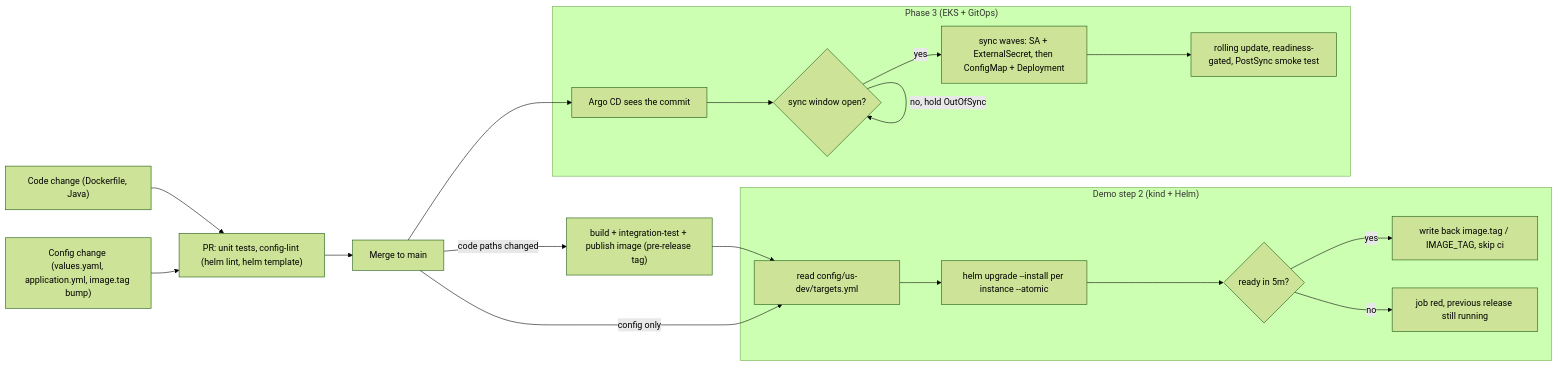
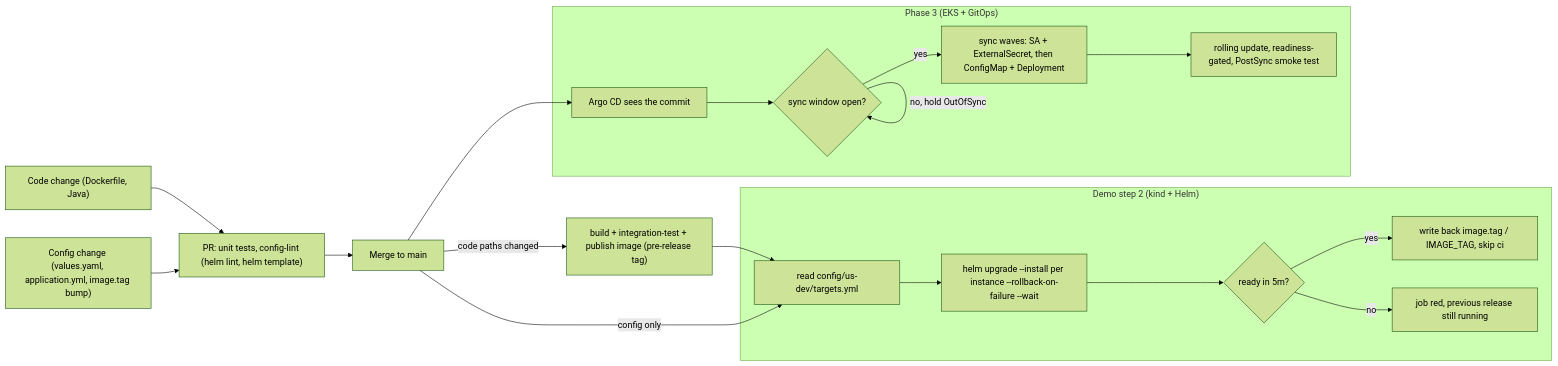
The second of 3 diagrams in docs/11-kubernetes-packaging-and-gitops.md (crazymatthsu/github-demo), drawn with Mermaid (forest theme) before and after one commit. The commit also changed other lines of this file and 9 other files, not shown here.

````diff
--- a/docs/11-kubernetes-packaging-and-gitops.md
+++ b/docs/11-kubernetes-packaging-and-gitops.md
@@ -327,32 +335,32 @@
 ```mermaid
 flowchart LR
   code["Code change (Dockerfile, Java)"]
   cfg["Config change (values.yaml, application.yml, image.tag bump)"]
   pr["PR: unit tests, config-lint (helm lint, helm template)"]
   merge["Merge to main"]
   build["build + integration-test + publish image (pre-release tag)"]
   subgraph demo["Demo step 2 (kind + Helm)"]
     tg["read config/us-dev/targets.yml"]
-    up["helm upgrade --install per instance --atomic"]
+    up["helm upgrade --install per instance --rollback-on-failure --wait"]
     ok{"ready in 5m?"}
     wb["write back image.tag / IMAGE_TAG, skip ci"]
     red["job red, previous release still running"]
   end
   subgraph p3["Phase 3 (EKS + GitOps)"]
     argo["Argo CD sees the commit"]
     win{"sync window open?"}
     sync["sync waves: SA + ExternalSecret, then ConfigMap + Deployment"]
     roll["rolling update, readiness-gated, PostSync smoke test"]
   end
   code --> pr
   cfg --> pr
   pr --> merge
   merge -->|"code paths changed"| build --> tg
   merge -->|"config only"| tg
   tg --> up --> ok
   ok -->|yes| wb
   ok -->|no| red
   merge --> argo --> win
   win -->|"no, hold OutOfSync"| win
   win -->|yes| sync --> roll
 ```
````
